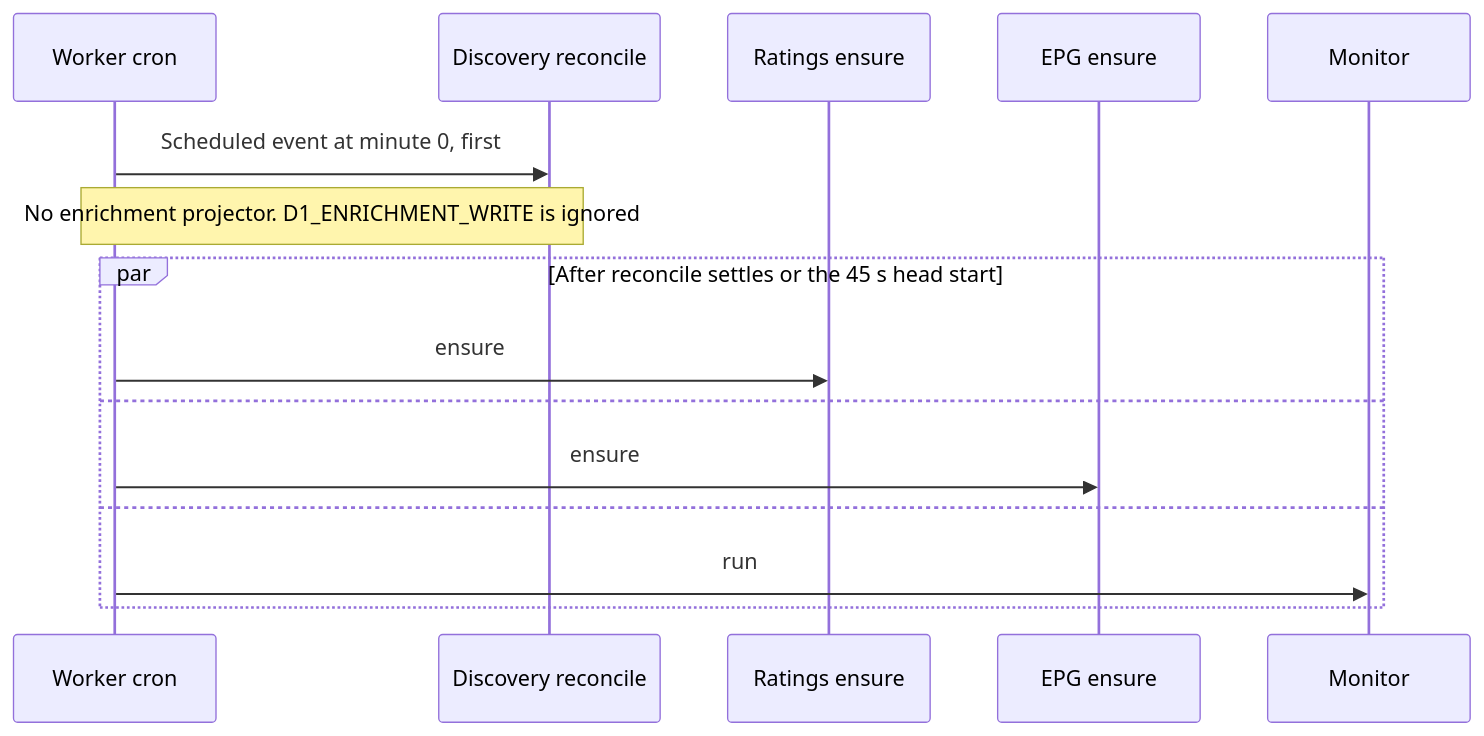
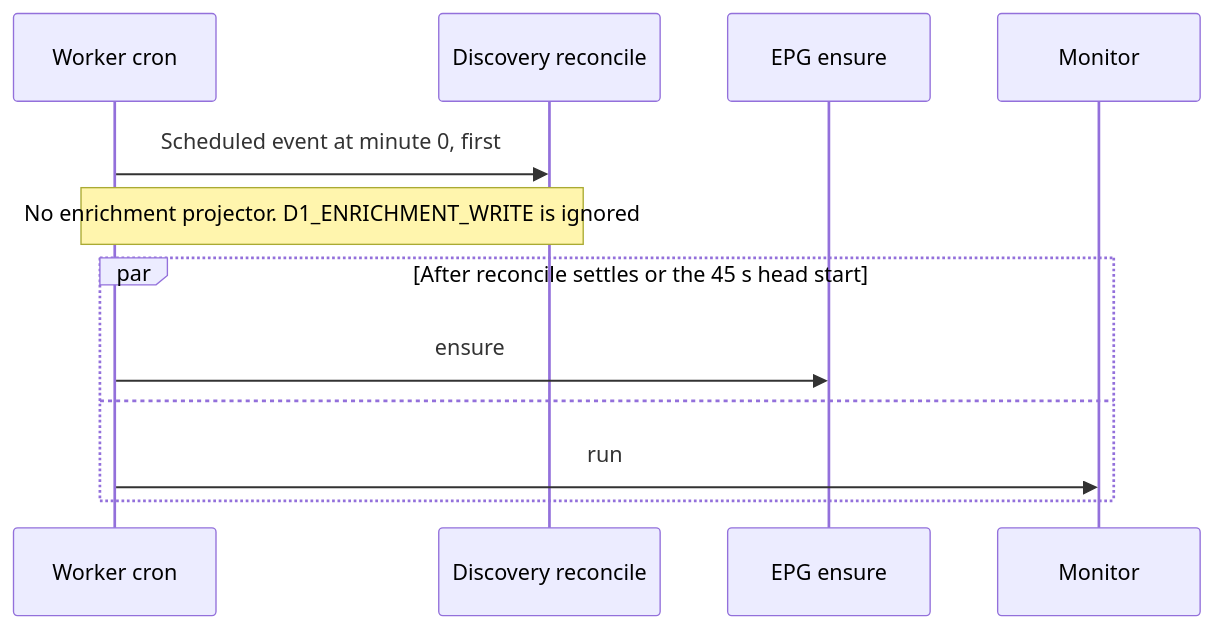
One commit to vladimino/iptv-watchlist changed the fourth of 15 diagrams in docs/architecture/scheduling-and-orchestration.md. Above: the diagram before and after it, drawn with Mermaid. The commit also changed other lines of this file and 12 other files, not shown here.

First line of the commit message:
refactor(worker): stop calling the legacy Ratings executor ensure on the shared hourly tick

````diff
--- a/docs/architecture/scheduling-and-orchestration.md
+++ b/docs/architecture/scheduling-and-orchestration.md
@@ -128,17 +128,14 @@
 ```mermaid
 sequenceDiagram
     participant Cron as Worker cron
     participant Discovery as Discovery reconcile
-    participant Ratings as Ratings ensure
     participant Epg as EPG ensure
     participant Monitor as Monitor
     Cron->>Discovery: Scheduled event at minute 0, first
     Note over Cron,Discovery: No enrichment projector. D1_ENRICHMENT_WRITE is ignored
     par After reconcile settles or the 45 s head start
-        Cron->>Ratings: ensure
-    and
         Cron->>Epg: ensure
     and
         Cron->>Monitor: run
     end
 ```
````
